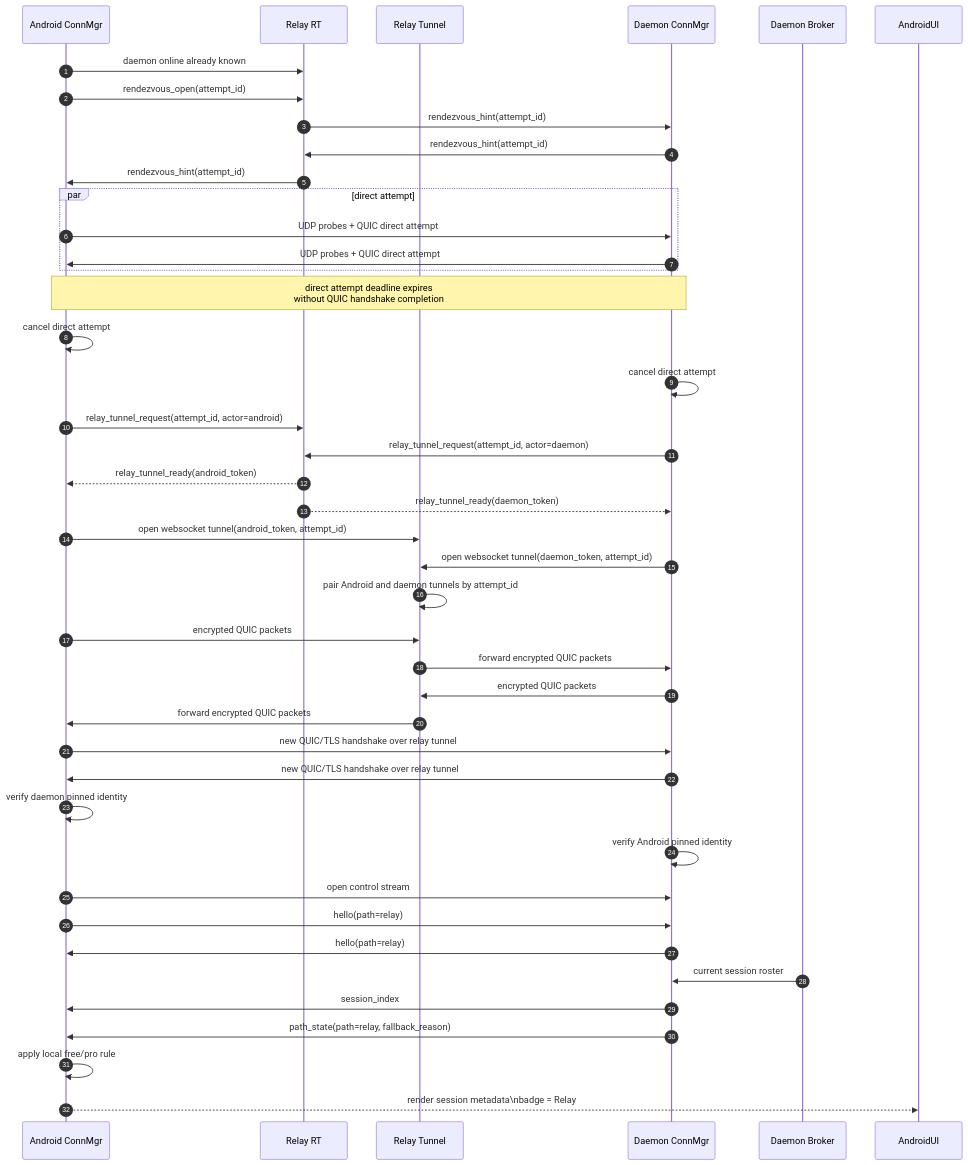
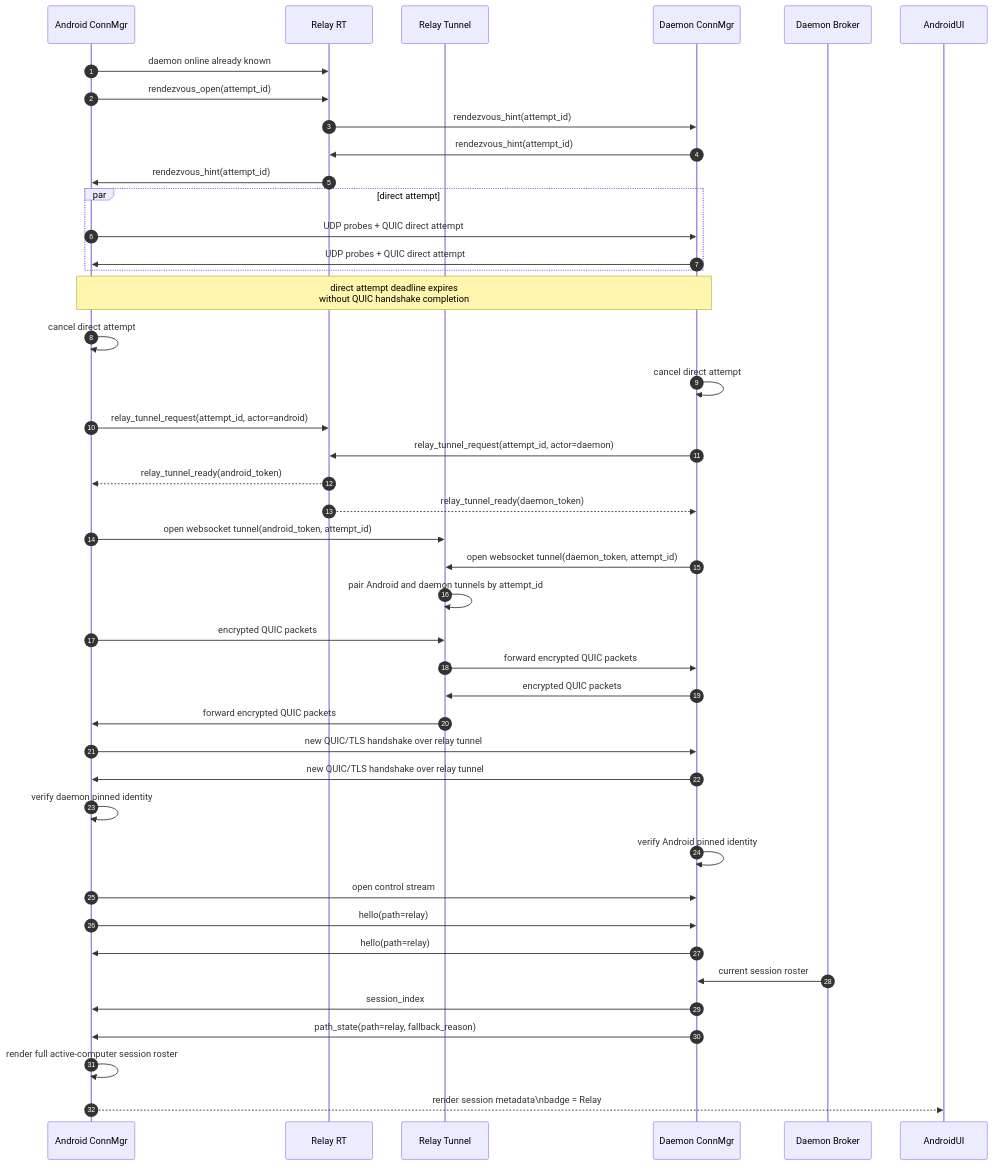
Before and after one commit to yuanbohan/agent-tunnel: the fourth of 9 diagrams in docs/connectivity/reference/sequence-flows.md, drawn with Mermaid. The commit also changed other lines of this file and 23 other files, not shown here.

Commit message:
refactor: simplify free/pro tier

````diff
--- a/docs/connectivity/reference/sequence-flows.md
+++ b/docs/connectivity/reference/sequence-flows.md
@@ -168,52 +170,52 @@
 ```mermaid
 sequenceDiagram
     autonumber
     participant AndroidConn as Android ConnMgr
     participant RelayRT as Relay RT
     participant RelayTunnel as Relay Tunnel
     participant DaemonConn as Daemon ConnMgr
     participant DaemonBroker as Daemon Broker
 
     AndroidConn->>RelayRT: daemon online already known
     AndroidConn->>RelayRT: rendezvous_open(attempt_id)
     RelayRT->>DaemonConn: rendezvous_hint(attempt_id)
     DaemonConn->>RelayRT: rendezvous_hint(attempt_id)
     RelayRT->>AndroidConn: rendezvous_hint(attempt_id)
 
     par direct attempt
         AndroidConn->>DaemonConn: UDP probes + QUIC direct attempt
         DaemonConn->>AndroidConn: UDP probes + QUIC direct attempt
     end
 
     Note over AndroidConn,DaemonConn: direct attempt deadline expires<br/>without QUIC handshake completion
     AndroidConn->>AndroidConn: cancel direct attempt
     DaemonConn->>DaemonConn: cancel direct attempt
 
     AndroidConn->>RelayRT: relay_tunnel_request(attempt_id, actor=android)
     DaemonConn->>RelayRT: relay_tunnel_request(attempt_id, actor=daemon)
     RelayRT-->>AndroidConn: relay_tunnel_ready(android_token)
     RelayRT-->>DaemonConn: relay_tunnel_ready(daemon_token)
 
     AndroidConn->>RelayTunnel: open websocket tunnel(android_token, attempt_id)
     DaemonConn->>RelayTunnel: open websocket tunnel(daemon_token, attempt_id)
     RelayTunnel->>RelayTunnel: pair Android and daemon tunnels by attempt_id
 
     AndroidConn->>RelayTunnel: encrypted QUIC packets
     RelayTunnel->>DaemonConn: forward encrypted QUIC packets
     DaemonConn->>RelayTunnel: encrypted QUIC packets
     RelayTunnel->>AndroidConn: forward encrypted QUIC packets
 
     AndroidConn->>DaemonConn: new QUIC/TLS handshake over relay tunnel
     DaemonConn->>AndroidConn: new QUIC/TLS handshake over relay tunnel
     AndroidConn->>AndroidConn: verify daemon pinned identity
     DaemonConn->>DaemonConn: verify Android pinned identity
 
     AndroidConn->>DaemonConn: open control stream
     AndroidConn->>DaemonConn: hello(path=relay)
     DaemonConn->>AndroidConn: hello(path=relay)
     DaemonBroker->>DaemonConn: current session roster
     DaemonConn->>AndroidConn: session_index
     DaemonConn->>AndroidConn: path_state(path=relay, fallback_reason)
-    AndroidConn->>AndroidConn: apply local free/pro rule
+    AndroidConn->>AndroidConn: render full active-computer session roster
     AndroidConn-->>AndroidUI: render session metadata\nbadge = Relay
 ```
````
